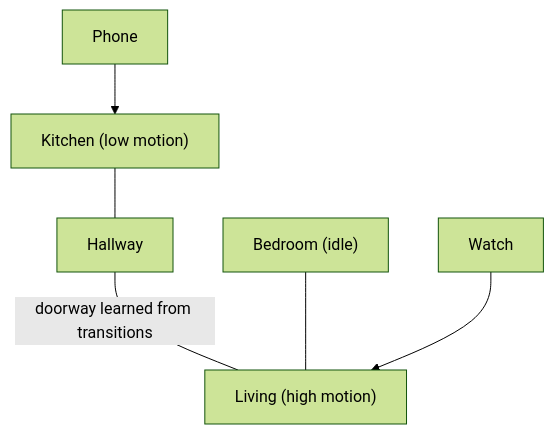
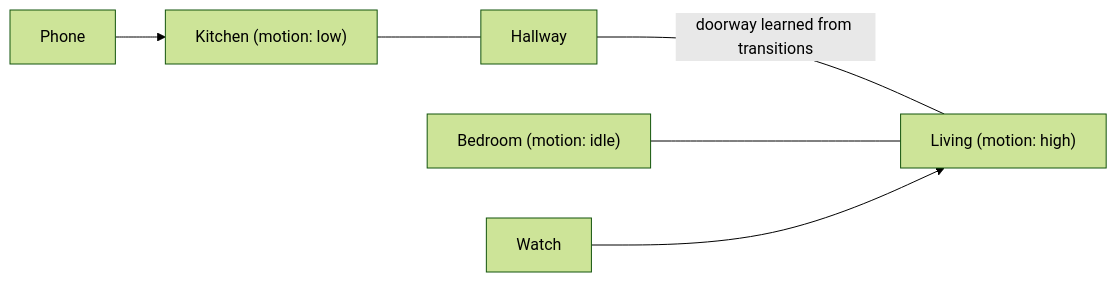
Before and after one commit to closedform/senseye: the third of 5 diagrams in README.md, drawn with Mermaid (forest theme). The commit also changed other lines of this file, not shown here.

Commit message:
Refine README diagrams and restore mesh visuals

````diff
--- a/README.md
+++ b/README.md
@@ -57,8 +61,8 @@
 ```mermaid
-graph TD
-  K["Kitchen (low motion)"] --- H["Hallway"]
-  H ---|"doorway learned from transitions"| L["Living (high motion)"]
-  B["Bedroom (idle)"] --- L
+flowchart LR
+  K["Kitchen (motion: low)"] --- H["Hallway"]
+  H ---|"doorway learned from transitions"| L["Living (motion: high)"]
+  B["Bedroom (motion: idle)"] --- L
   P["Phone"] --> K
   W["Watch"] --> L
 ```
````
